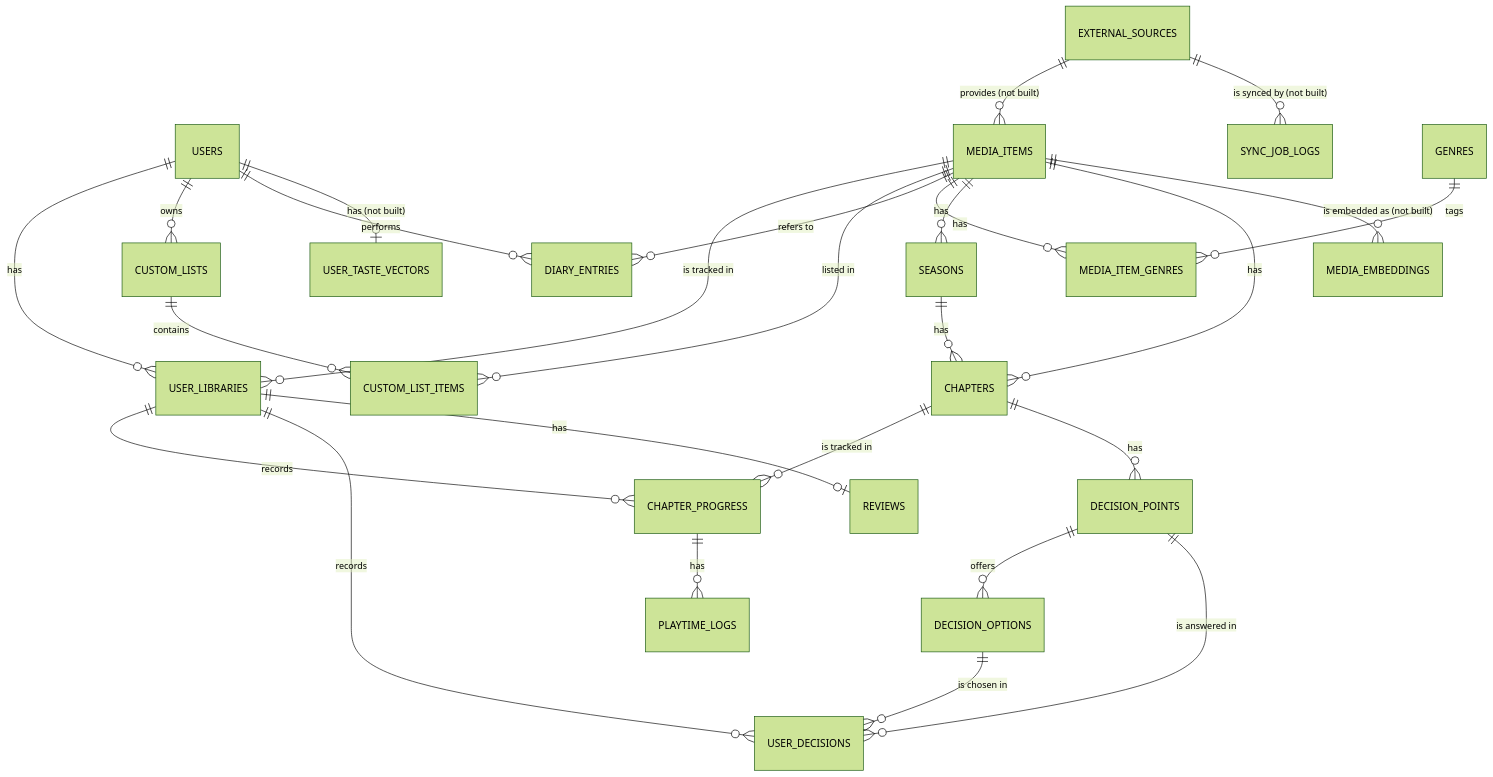
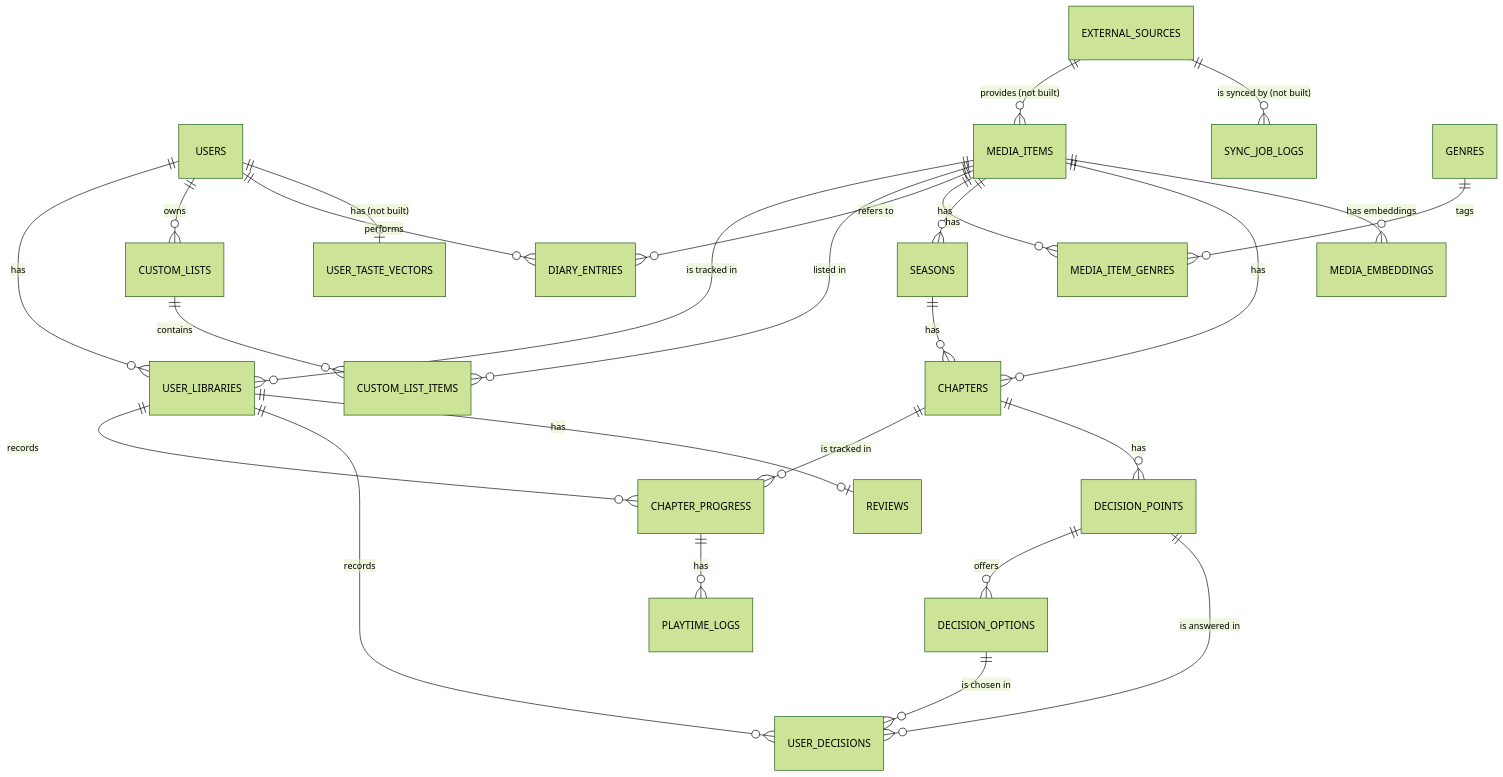
The first of 7 diagrams in docs/analysis/data/er-diagram.md (metezd/OmniLog), drawn with Mermaid (forest theme) before and after one commit. The commit also changed other lines of this file and 12 other files, not shown here.

Commit message:
feat: add media title embeddings (#151)

````diff
--- a/docs/analysis/data/er-diagram.md
+++ b/docs/analysis/data/er-diagram.md
@@ -18,28 +18,28 @@
 ```mermaid
 erDiagram
     USERS ||--o{ USER_LIBRARIES : "has"
     MEDIA_ITEMS ||--o{ USER_LIBRARIES : "is tracked in"
     USERS ||--o{ CUSTOM_LISTS : "owns"
     CUSTOM_LISTS ||--o{ CUSTOM_LIST_ITEMS : "contains"
     MEDIA_ITEMS ||--o{ CUSTOM_LIST_ITEMS : "listed in"
     USERS ||--o{ DIARY_ENTRIES : "performs"
     MEDIA_ITEMS ||--o{ DIARY_ENTRIES : "refers to"
     EXTERNAL_SOURCES ||--o{ MEDIA_ITEMS : "provides (not built)"
     EXTERNAL_SOURCES ||--o{ SYNC_JOB_LOGS : "is synced by (not built)"
     MEDIA_ITEMS ||--o{ MEDIA_ITEM_GENRES : "has"
     GENRES ||--o{ MEDIA_ITEM_GENRES : "tags"
     MEDIA_ITEMS ||--o{ SEASONS : "has"
     SEASONS ||--o{ CHAPTERS : "has"
     MEDIA_ITEMS ||--o{ CHAPTERS : "has"
     USER_LIBRARIES ||--o{ CHAPTER_PROGRESS : "records"
     CHAPTERS ||--o{ CHAPTER_PROGRESS : "is tracked in"
     CHAPTER_PROGRESS ||--o{ PLAYTIME_LOGS : "has"
     CHAPTERS ||--o{ DECISION_POINTS : "has"
     DECISION_POINTS ||--o{ DECISION_OPTIONS : "offers"
     USER_LIBRARIES ||--o{ USER_DECISIONS : "records"
     DECISION_POINTS ||--o{ USER_DECISIONS : "is answered in"
     DECISION_OPTIONS ||--o{ USER_DECISIONS : "is chosen in"
     USER_LIBRARIES ||--o| REVIEWS : "has"
-    MEDIA_ITEMS ||--o{ MEDIA_EMBEDDINGS : "is embedded as (not built)"
+    MEDIA_ITEMS ||--o{ MEDIA_EMBEDDINGS : "has embeddings"
     USERS ||--o| USER_TASTE_VECTORS : "has (not built)"
 ```
````
